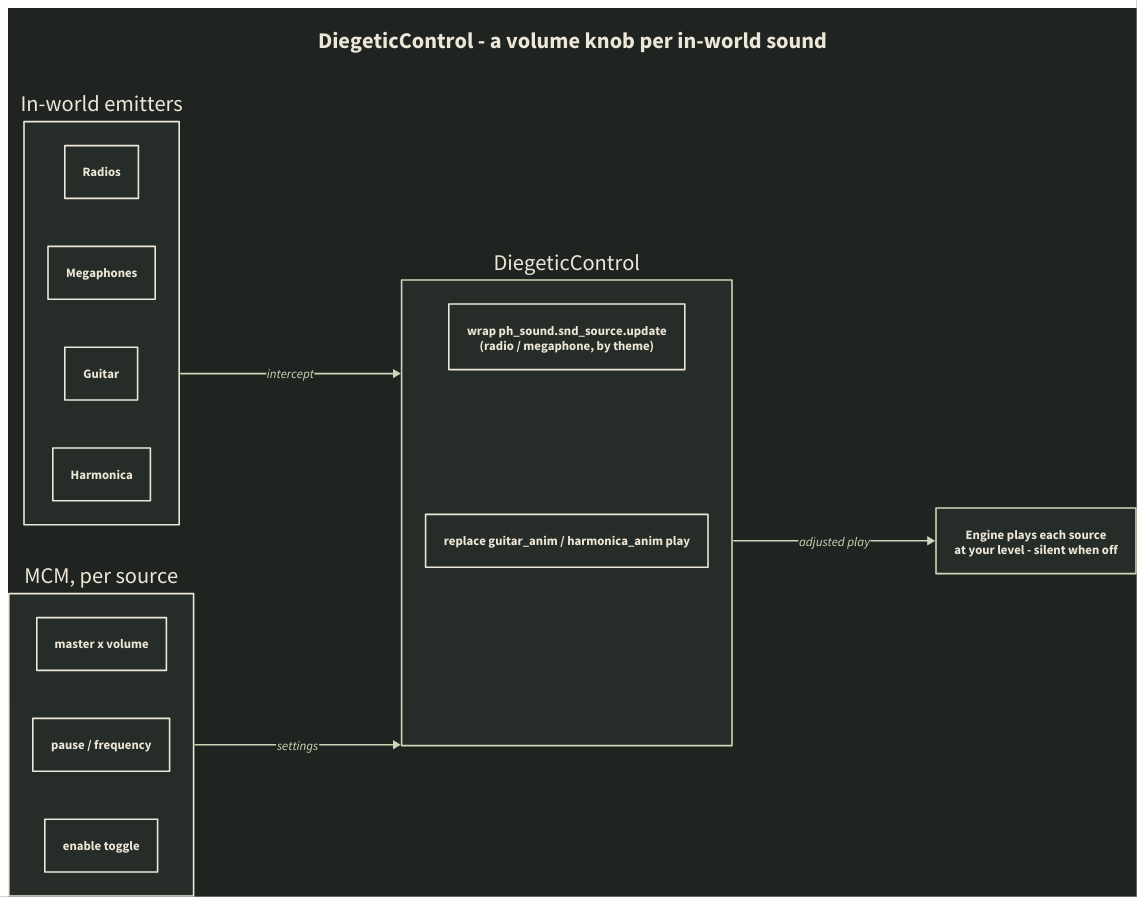
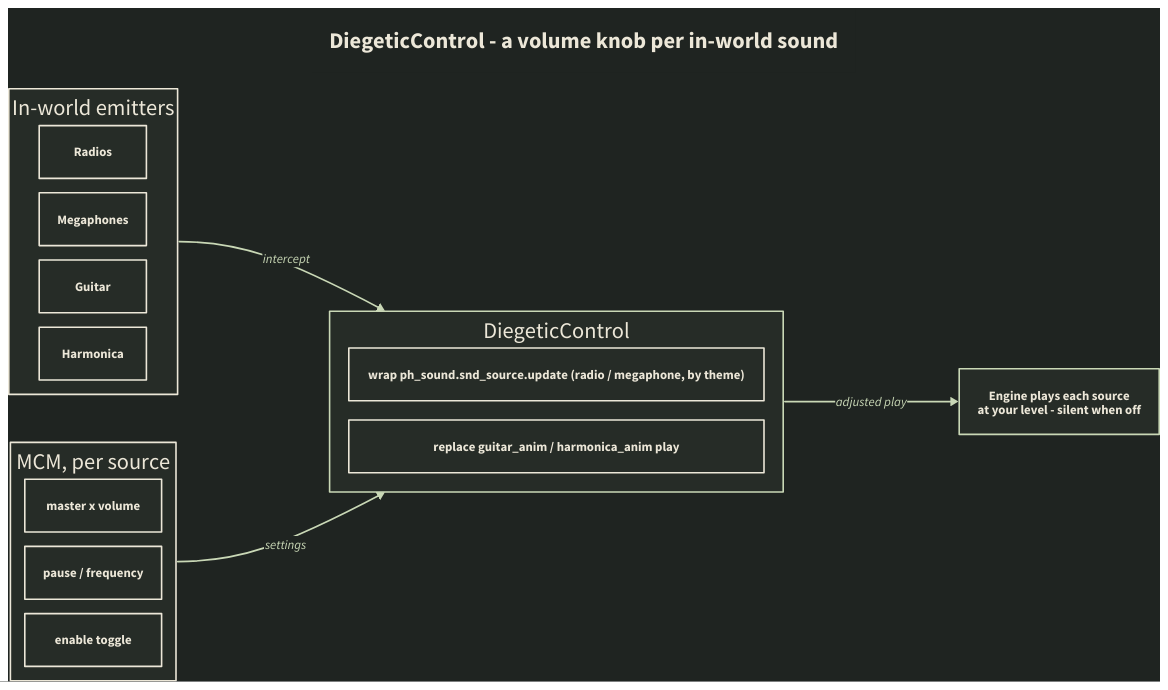
Before and after one commit to damiansirbu-stalker/DiegeticControl: the diagram in doc/img/diegeticcontrol-howitworks.d2, drawn with D2. The commit also changed 2 other files, not shown here.

Commit message:
assets(hero): tighten the how-it-works diagram panels and rebuild the hero gif

```diff
--- a/doc/img/diegeticcontrol-howitworks.d2
+++ b/doc/img/diegeticcontrol-howitworks.d2
@@ -1,40 +1,46 @@
 direction: right
 
 style.fill: "#1f2421"
 
 **.style.fill: "#262c27"
 **.style.stroke: "#ece7d8"
 **.style.font-color: "#ece7d8"
 **.style.stroke-width: 2
 
 title: "DiegeticControl - a volume knob per in-world sound" {
   near: top-center
   style: { stroke-width: 0; fill: "#1f2421"; font-color: "#ece7d8"; font-size: 28 }
 }
 
 sources: "In-world emitters" {
+  grid-columns: 1
+  grid-gap: 18
   radio: "Radios"
   mega: "Megaphones"
   guitar: "Guitar"
   harm: "Harmonica"
 }
 
 hook: "DiegeticControl" {
   style.stroke: "#c9d8b6"
-  w: "wrap ph_sound.snd_source.update\n(radio / megaphone, by theme)"
+  grid-columns: 1
+  grid-gap: 24
+  w: "wrap ph_sound.snd_source.update  (radio / megaphone, by theme)"
   r: "replace guitar_anim / harmonica_anim play"
 }
 
 mcm: "MCM, per source" {
+  grid-columns: 1
+  grid-gap: 18
   m: "master x volume"
   f: "pause / frequency"
   t: "enable toggle"
 }
 
 out: "Engine plays each source\nat your level - silent when off" {
   style.stroke: "#c9d8b6"
 }
 
 sources -> hook: "intercept" { style: { stroke: "#c9d8b6"; font-color: "#c9d8b6" } }
 mcm -> hook: "settings" { style: { stroke: "#c9d8b6"; font-color: "#c9d8b6" } }
 hook -> out: "adjusted play" { style: { stroke: "#c9d8b6"; font-color: "#c9d8b6" } }
```
